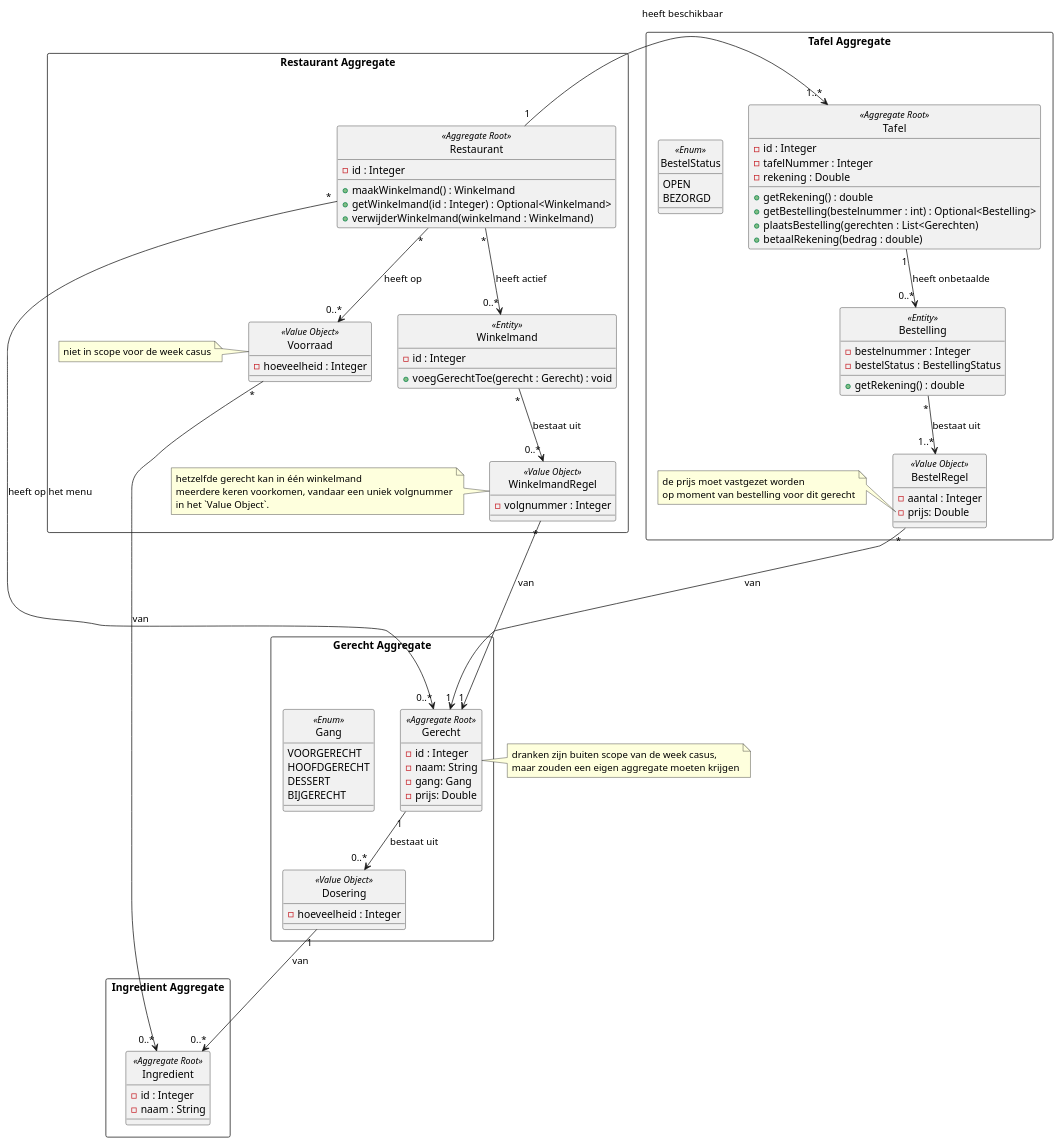
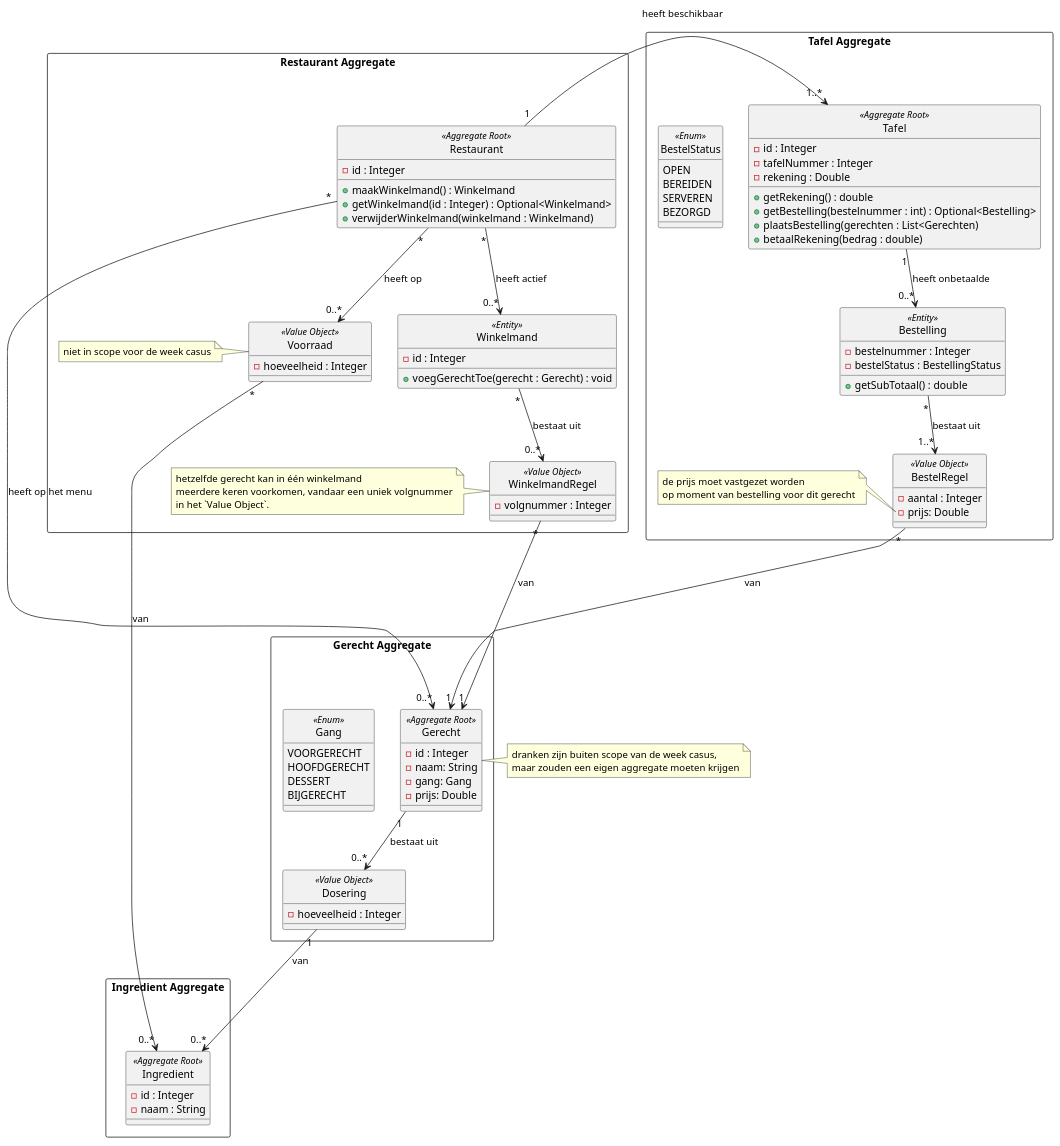
The diagram in weekopdracht/documentatie/stap 2/domeinmodel.puml (AIM-ENE/doex-opdracht-4), drawn with PlantUML before and after one commit. The commit also changed 37 other files, not shown here.

```diff
--- a/weekopdracht/documentatie/stap 2/domeinmodel.puml
+++ b/weekopdracht/documentatie/stap 2/domeinmodel.puml
@@ -1,113 +1,115 @@
 @startuml
 
 hide circle
 
 rectangle "Restaurant Aggregate\n" {
     class Restaurant <<Aggregate Root>> {
         - id : Integer
 
         + maakWinkelmand() : Winkelmand
         + getWinkelmand(id : Integer) : Optional<Winkelmand>
         + verwijderWinkelmand(winkelmand : Winkelmand)
     }
     class Winkelmand <<Entity>> {
         - id : Integer
 
         +voegGerechtToe(gerecht : Gerecht) : void
     }
     class WinkelmandRegel <<Value Object>> {
         - volgnummer : Integer
     }
     class Voorraad <<Value Object>> {
         - hoeveelheid : Integer
     }
     note left of WinkelmandRegel
             hetzelfde gerecht kan in één winkelmand
             meerdere keren voorkomen, vandaar een uniek volgnummer
             in het `Value Object`.
     end note
     note left of Voorraad
         niet in scope voor de week casus
     end note
 }
 
 rectangle "Tafel Aggregate\n" {
     class Tafel <<Aggregate Root>> {
         - id : Integer
         - tafelNummer : Integer
         - rekening : Double
 
         + getRekening() : double
         + getBestelling(bestelnummer : int) : Optional<Bestelling>
         + plaatsBestelling(gerechten : List<Gerechten)
         + betaalRekening(bedrag : double)
     }
     class Bestelling <<Entity>> {
         - bestelnummer : Integer
         - bestelStatus : BestellingStatus
 
-        + getRekening() : double
+        + getSubTotaal() : double
     }
     enum BestelStatus <<Enum>> {
             OPEN
+            BEREIDEN
+            SERVEREN
             BEZORGD
     }
     class BestelRegel <<Value Object>> {
         - aantal : Integer
         - prijs: Double
     }
 
 
     note left of BestelRegel::prijs
         de prijs moet vastgezet worden
         op moment van bestelling voor dit gerecht
     end note
 }
 
 rectangle "Gerecht Aggregate\n" {
     class Gerecht <<Aggregate Root>> {
         - id : Integer
         - naam: String
         - gang: Gang
         - prijs: Double
     }
     class Dosering <<Value Object>> {
         - hoeveelheid : Integer
     }
     enum Gang <<Enum>> {
             VOORGERECHT
             HOOFDGERECHT
             DESSERT
             BIJGERECHT
     }
 }
 note right of Gerecht
         dranken zijn buiten scope van de week casus,
         maar zouden een eigen aggregate moeten krijgen
 end note
 
 rectangle "Ingredient Aggregate\n" {
     class Ingredient <<Aggregate Root>> {
         - id : Integer
         - naam : String
     }
 }
 
 Restaurant "1" -r-> "1..*" Tafel            : heeft beschikbaar
 Restaurant "*" --> "0..*" Winkelmand        : heeft actief
 Restaurant "*" --> "0..*" Voorraad          : heeft op
 Restaurant "*" --> "0..*" Gerecht           : heeft op het menu
 
 Winkelmand "*" --> "0..*" WinkelmandRegel   : bestaat uit
 WinkelmandRegel "*" --> "1" Gerecht         : van
 
 Tafel "1" --> "0..*" Bestelling             : heeft onbetaalde
 Bestelling "*" --> "1..*" BestelRegel       : bestaat uit
 BestelRegel "*" ---> "1" Gerecht            : van
 
 Gerecht "1" --> "0..*" Dosering             : bestaat uit
 Dosering "1" --> "0..*" Ingredient          : van
 
 Voorraad "*" --> "0..*" Ingredient          : van
 
 @enduml
```
